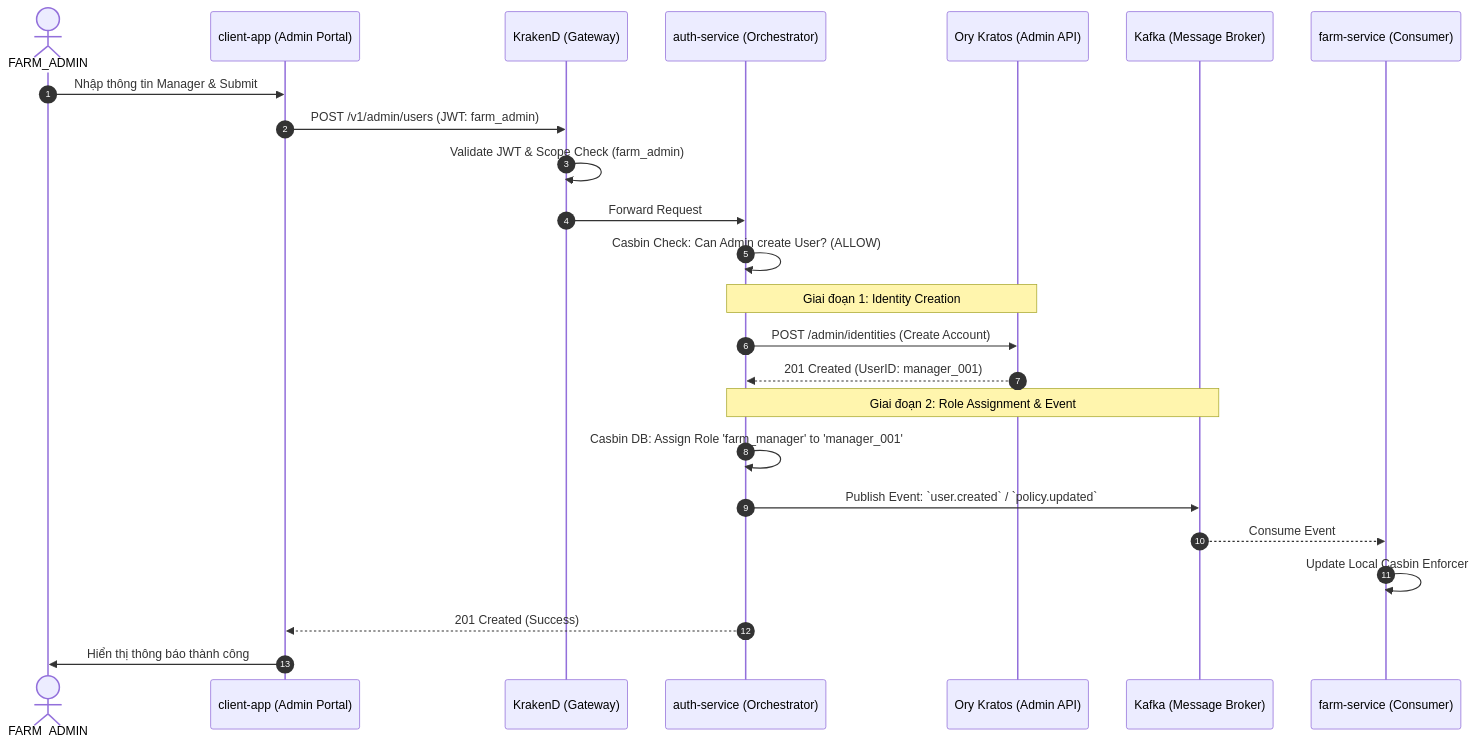
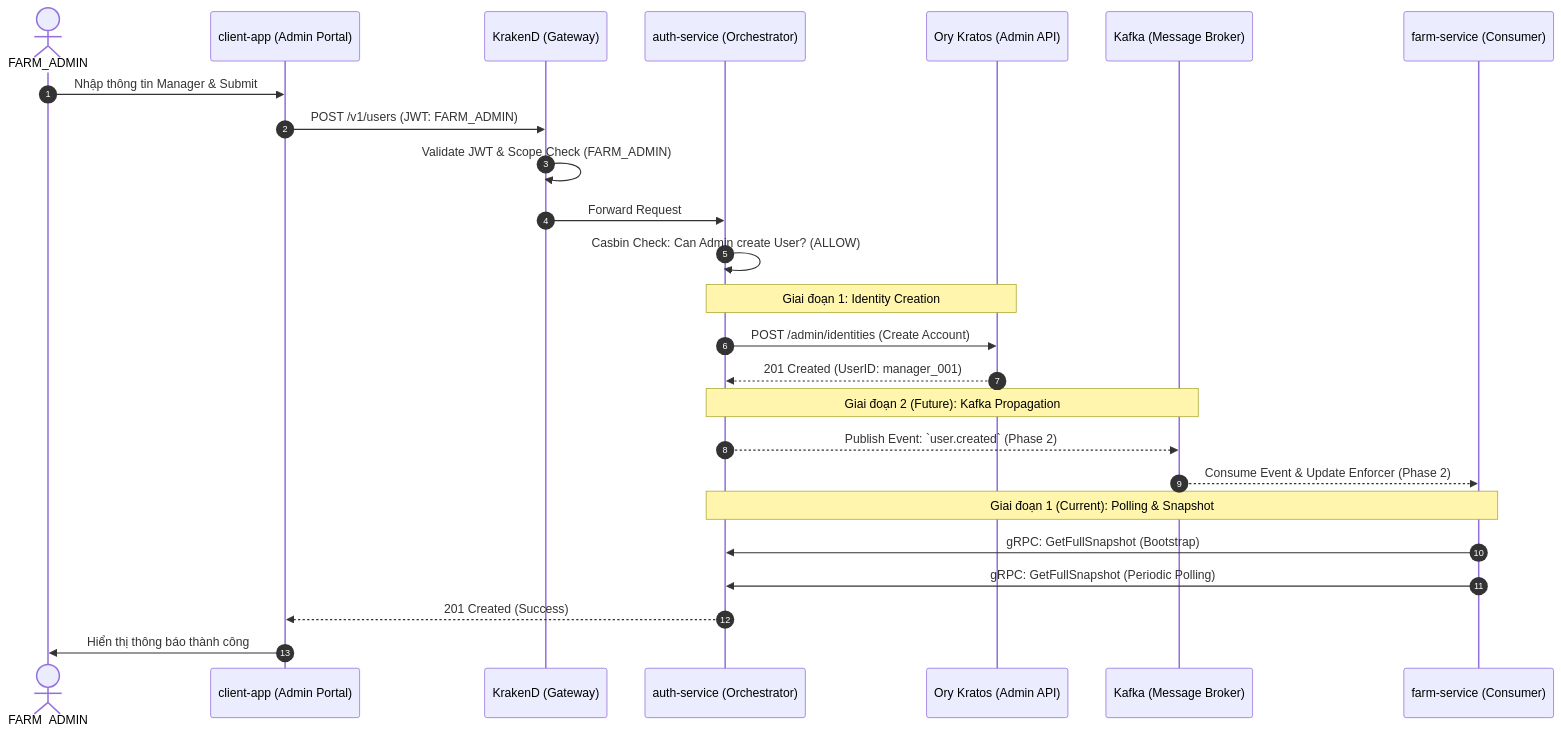
One commit to dungxbuif/RuntimeRoasters changed the diagram in docs/architecture/flows/user-management-creation.md. Above: the diagram before and after it, drawn with Mermaid. The commit also changed other lines of this file and 183 other files, not shown here.

Commit message:
feat: integrate Ory Hydra for login flow, update fonts, and add Air configurations

````diff
--- a/docs/architecture/flows/user-management-creation.md
+++ b/docs/architecture/flows/user-management-creation.md
@@ -14,31 +14,32 @@
 ```mermaid
 sequenceDiagram
     autonumber
     actor Admin as FARM_ADMIN
     participant App as client-app (Admin Portal)
     participant GW as KrakenD (Gateway)
     participant Auth as auth-service (Orchestrator)
     participant Kratos as Ory Kratos (Admin API)
     participant KF as Kafka (Message Broker)
     participant Farm as farm-service (Consumer)
 
     Admin->>App: Nhập thông tin Manager & Submit
-    App->>GW: POST /v1/admin/users (JWT: farm_admin)
-    GW->>GW: Validate JWT & Scope Check (farm_admin)
+    App->>GW: POST /v1/users (JWT: FARM_ADMIN)
+    GW->>GW: Validate JWT & Scope Check (FARM_ADMIN)
     GW->>Auth: Forward Request
     Auth->>Auth: Casbin Check: Can Admin create User? (ALLOW)
     
     Note over Auth, Kratos: Giai đoạn 1: Identity Creation
     Auth->>Kratos: POST /admin/identities (Create Account)
     Kratos-->>Auth: 201 Created (UserID: manager_001)
     
-    Note over Auth, KF: Giai đoạn 2: Role Assignment & Event
-    Auth->>Auth: Casbin DB: Assign Role 'farm_manager' to 'manager_001'
-    Auth->>KF: Publish Event: `user.created` / `policy.updated`
+    Note over Auth, KF: Giai đoạn 2 (Future): Kafka Propagation
+    Auth-->>KF: Publish Event: `user.created` (Phase 2)
+    KF-->>Farm: Consume Event & Update Enforcer (Phase 2)
     
-    KF-->>Farm: Consume Event
-    Farm->>Farm: Update Local Casbin Enforcer
+    Note over Auth, Farm: Giai đoạn 1 (Current): Polling & Snapshot
+    Farm->>Auth: gRPC: GetFullSnapshot (Bootstrap)
+    Farm->>Auth: gRPC: GetFullSnapshot (Periodic Polling)
     
     Auth-->>App: 201 Created (Success)
     App->>Admin: Hiển thị thông báo thành công
 ```
````
